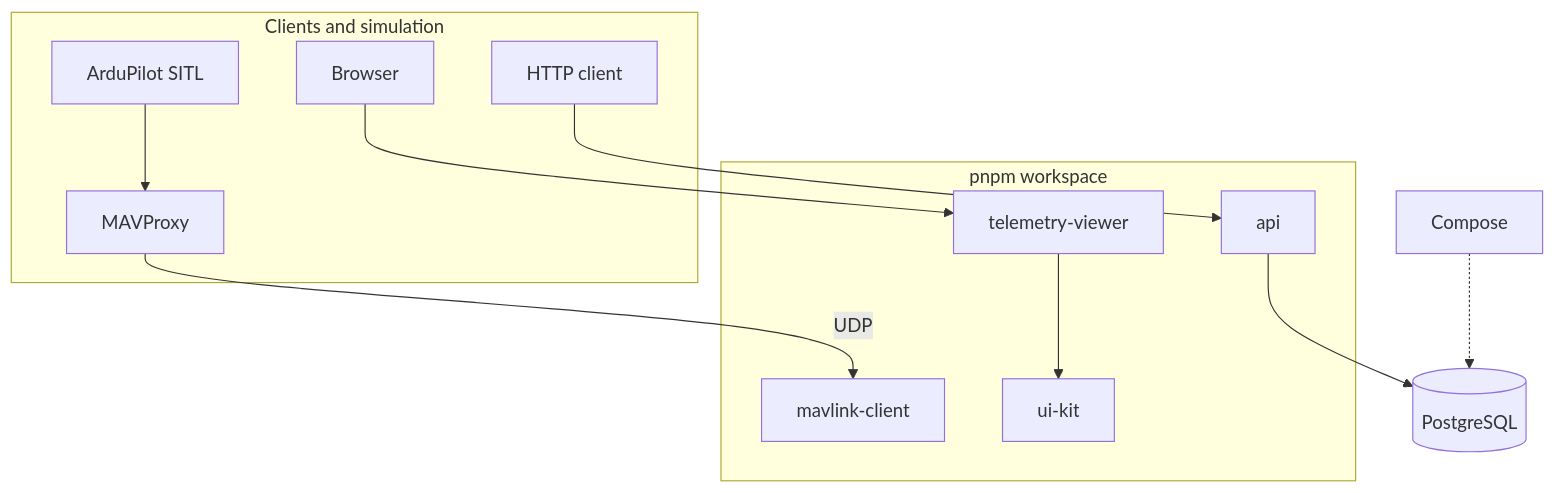
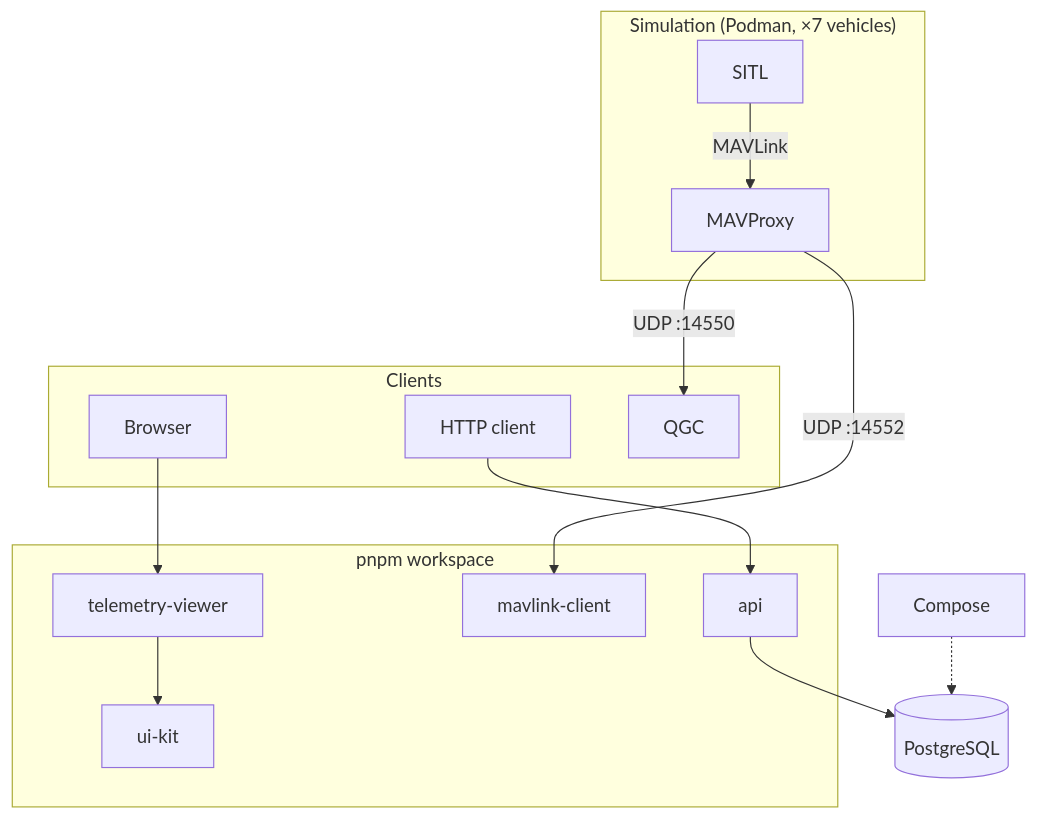
The diagram in README.md (sidoruk-sv/flightstack), drawn with Mermaid before and after one commit. The commit also changed other lines of this file and 9 other files, not shown here.

````diff
--- a/README.md
+++ b/README.md
@@ -28,27 +28,32 @@
 ```mermaid
 flowchart TB
-    subgraph external["Clients and simulation"]
+    subgraph external["Clients"]
         HTTPClient[HTTP client]
         Browser[Browser]
-        SITL[ArduPilot SITL]
+        QGC[QGC]
+    end
+
+    subgraph sim["Simulation (Podman, ×7 vehicles)"]
+        SITL[SITL]
         Proxy[MAVProxy]
-        SITL --> Proxy
+        SITL -->|MAVLink| Proxy
     end
 
     subgraph workspace["pnpm workspace"]
         API[api]
         Mavlink[mavlink-client]
         Viewer[telemetry-viewer]
         UIKit[ui-kit]
     end
 
     DB[(PostgreSQL)]
     Compose[Compose]
 
     HTTPClient --> API
     Browser --> Viewer
     Viewer --> UIKit
-    Proxy -->|UDP| Mavlink
+    Proxy -->|UDP :14550| QGC
+    Proxy -->|UDP :14552| Mavlink
     API --> DB
     Compose -.-> DB
 ```
````
